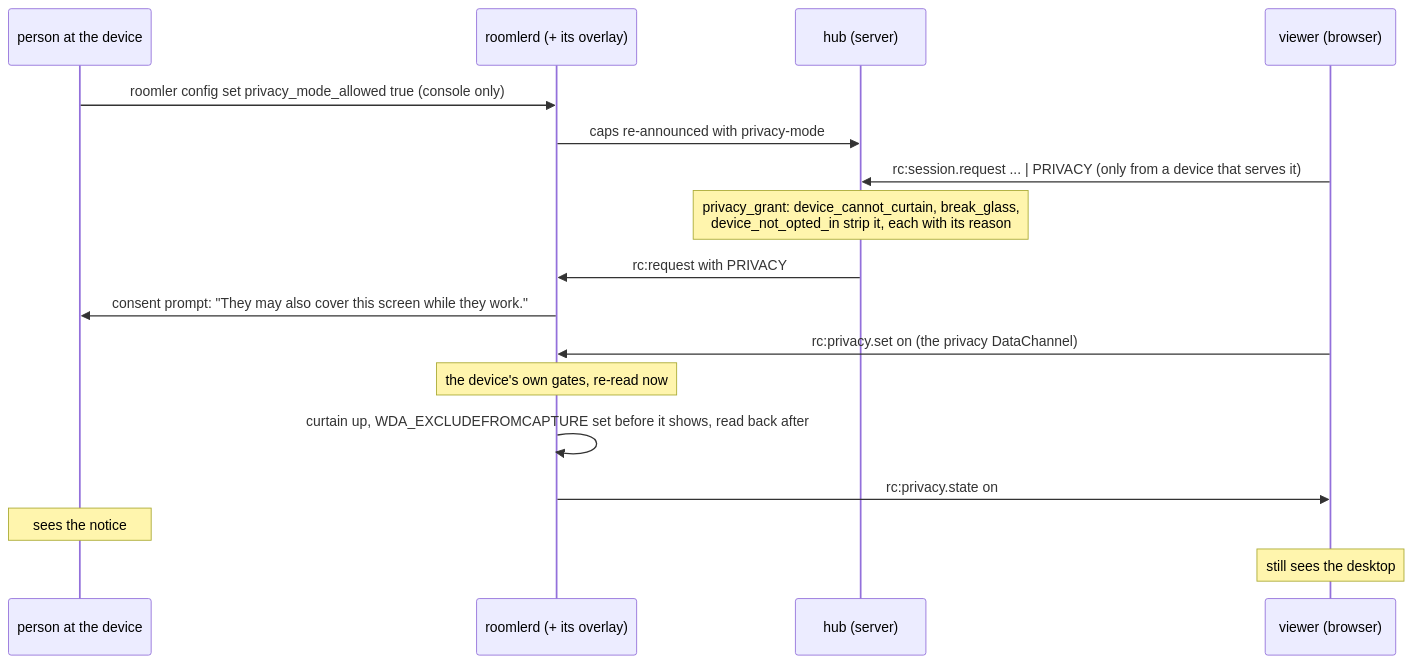
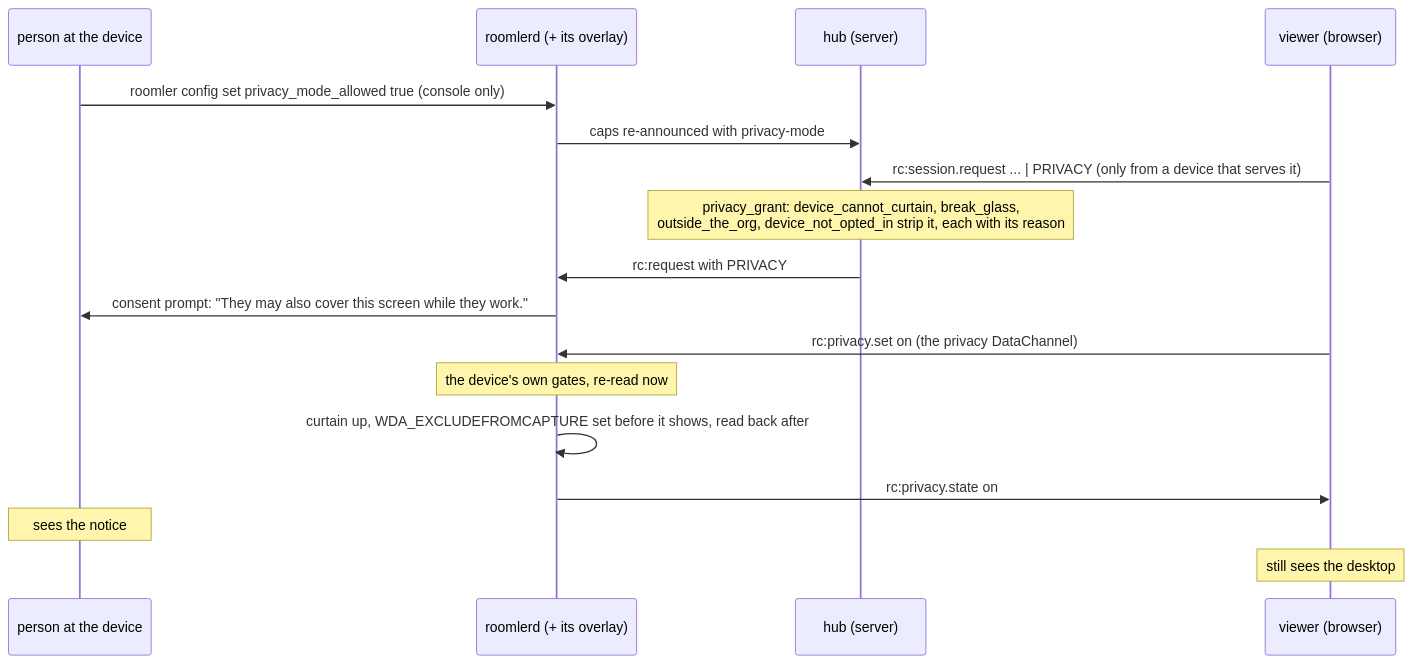
Before and after one commit to gjovanov/roomler-ai: the first of 5 diagrams in docs/privacy-mode.md, drawn with Mermaid. The commit also changed other lines of this file and 23 other files, not shown here.

````diff
--- a/docs/privacy-mode.md
+++ b/docs/privacy-mode.md
@@ -45,19 +45,19 @@
 ```mermaid
 sequenceDiagram
     participant P as person at the device
     participant A as roomlerd (+ its overlay)
     participant S as hub (server)
     participant V as viewer (browser)
     P->>A: roomler config set privacy_mode_allowed true (console only)
     A->>S: caps re-announced with privacy-mode
     V->>S: rc:session.request ... | PRIVACY (only from a device that serves it)
-    Note over S: privacy_grant: device_cannot_curtain, break_glass,<br/>device_not_opted_in strip it, each with its reason
+    Note over S: privacy_grant: device_cannot_curtain, break_glass,<br/>outside_the_org, device_not_opted_in strip it, each with its reason
     S->>A: rc:request with PRIVACY
     A->>P: consent prompt: "They may also cover this screen while they work."
     V->>A: rc:privacy.set on (the privacy DataChannel)
     Note over A: the device's own gates, re-read now
     A->>A: curtain up, WDA_EXCLUDEFROMCAPTURE set before it shows, read back after
     A->>V: rc:privacy.state on
     Note over P: sees the notice
     Note over V: still sees the desktop
 ```
````
